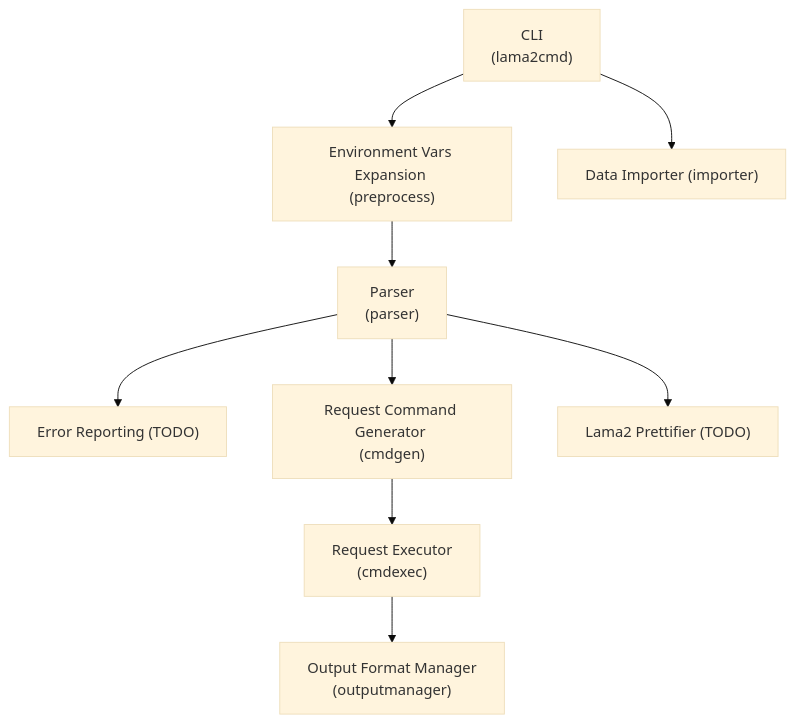
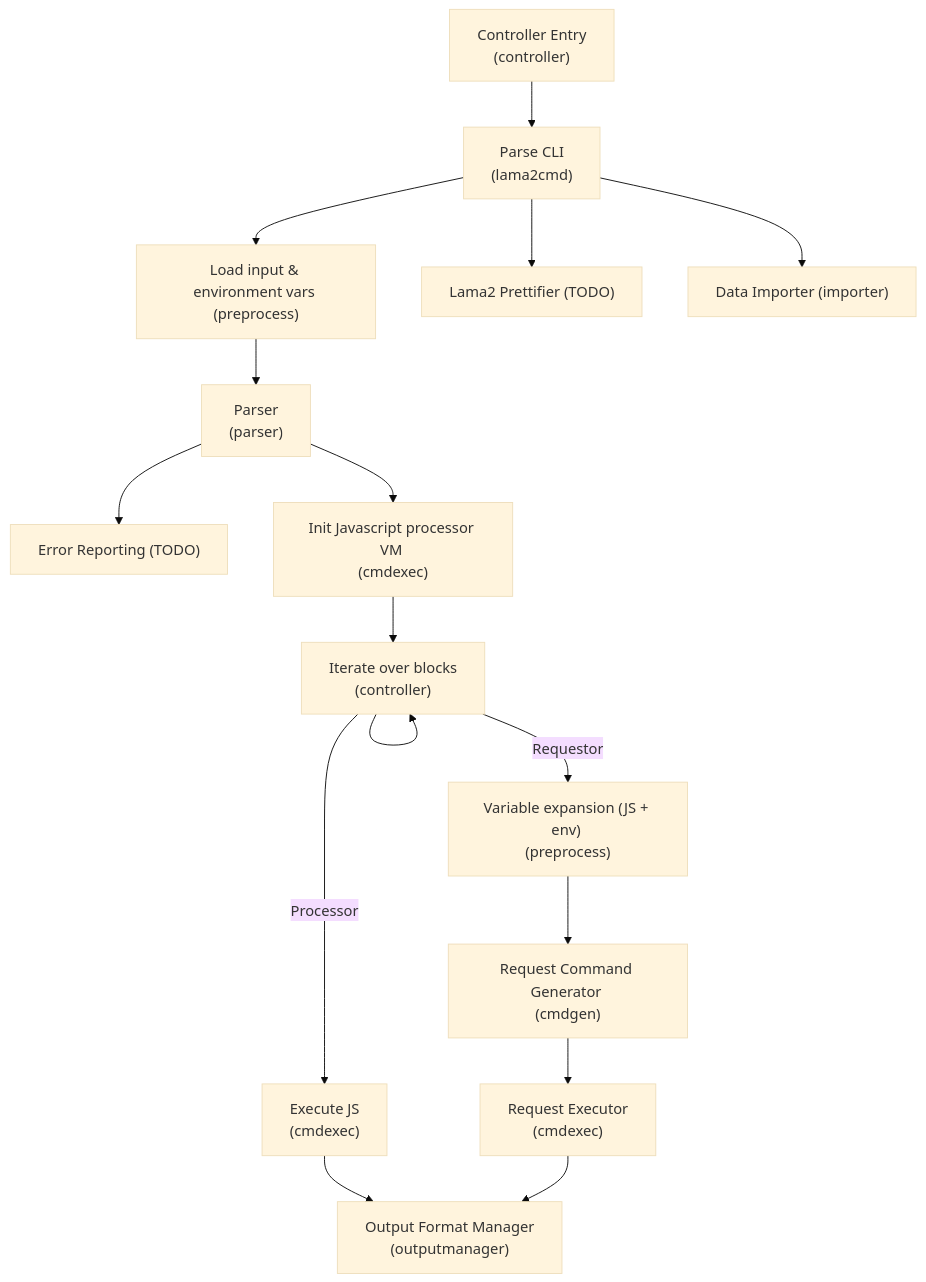
Before and after one commit to HexmosTech/Lama2: the diagram in docs/Lama2/docs/reference/architecture.md, drawn with Mermaid. The commit also changed 49 other files, not shown here.

Commit message:
Update arch diagram

````diff
--- a/docs/Lama2/docs/reference/architecture.md
+++ b/docs/Lama2/docs/reference/architecture.md
@@ -1,21 +1,33 @@
 ```mermaid
 %%{init: {'securityLevel': 'loose', 'theme':'base'}}%%
 graph TD
-	A["CLI <br/>(lama2cmd)"]
+	K["Controller Entry <br/>(controller)"]
+	A["Parse CLI <br/>(lama2cmd)"]
 	B["Parser <br/>(parser)"]	
 	D["Request Executor <br/>(cmdexec)"]
 	E["Output Format Manager <br/>(outputmanager)"]
 	F["Error Reporting (TODO)"]
-	G["Environment Vars Expansion <br/>(preprocess)"]
+	G["Load input & environment vars <br/>(preprocess)"]
 	H["Request Command Generator <br/>(cmdgen)"]
 	I["Lama2 Prettifier (TODO)"]
 	J["Data Importer (importer)"]
+	L["Iterate over blocks <br/>(controller)"]
+	M["Init Javascript processor VM <br/>(cmdexec)"]
+	N["Execute JS <br/>(cmdexec)"]
+	P["Variable expansion (JS + env) <br/>(preprocess)"]
 	A --> G
 	A --> J
 	G --> B
+	H --> D
+	K --> A
+	B --> M
+	M --> L
+	L --> |Requestor| P
+	L --> |Processor| N
+	N --> E
+	D --> E
 	B --> F
-	B --> H
-	H --> D
-	D --> E
-	B --> I
+	A --> I
+	P --> H
+	L --> L
 ```
````
